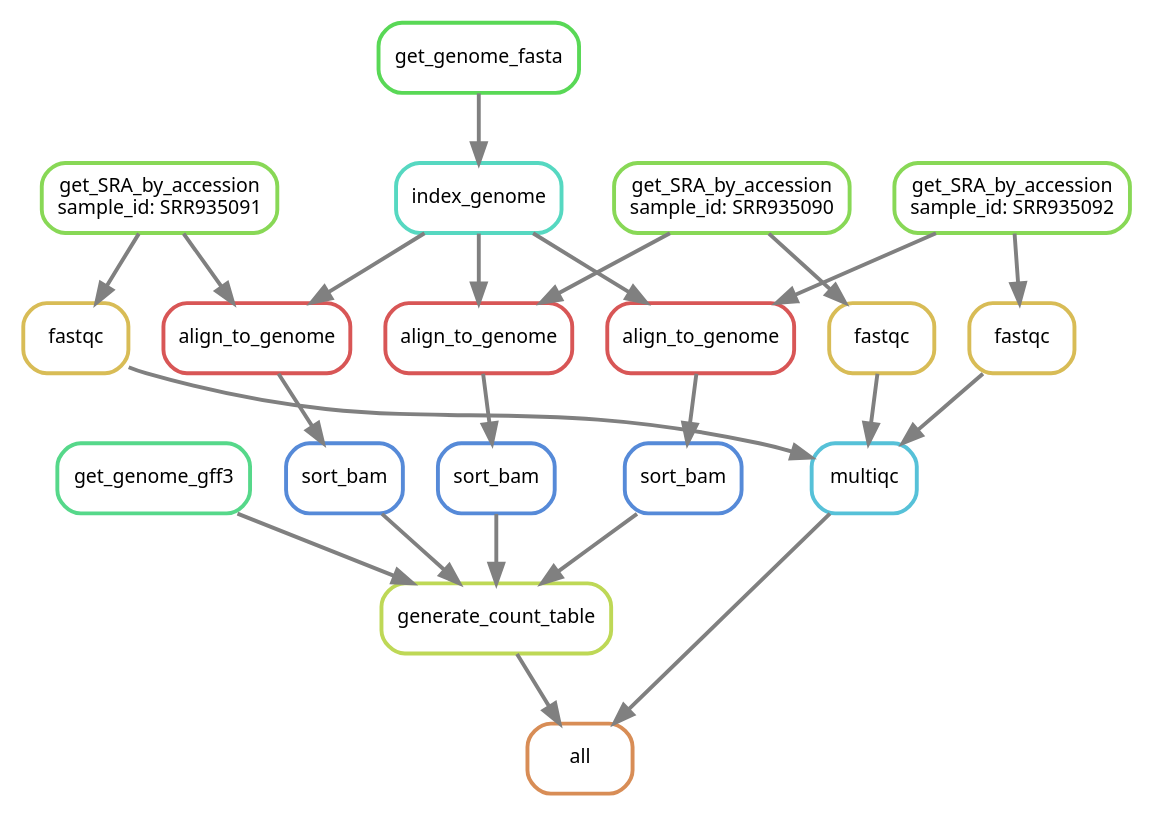
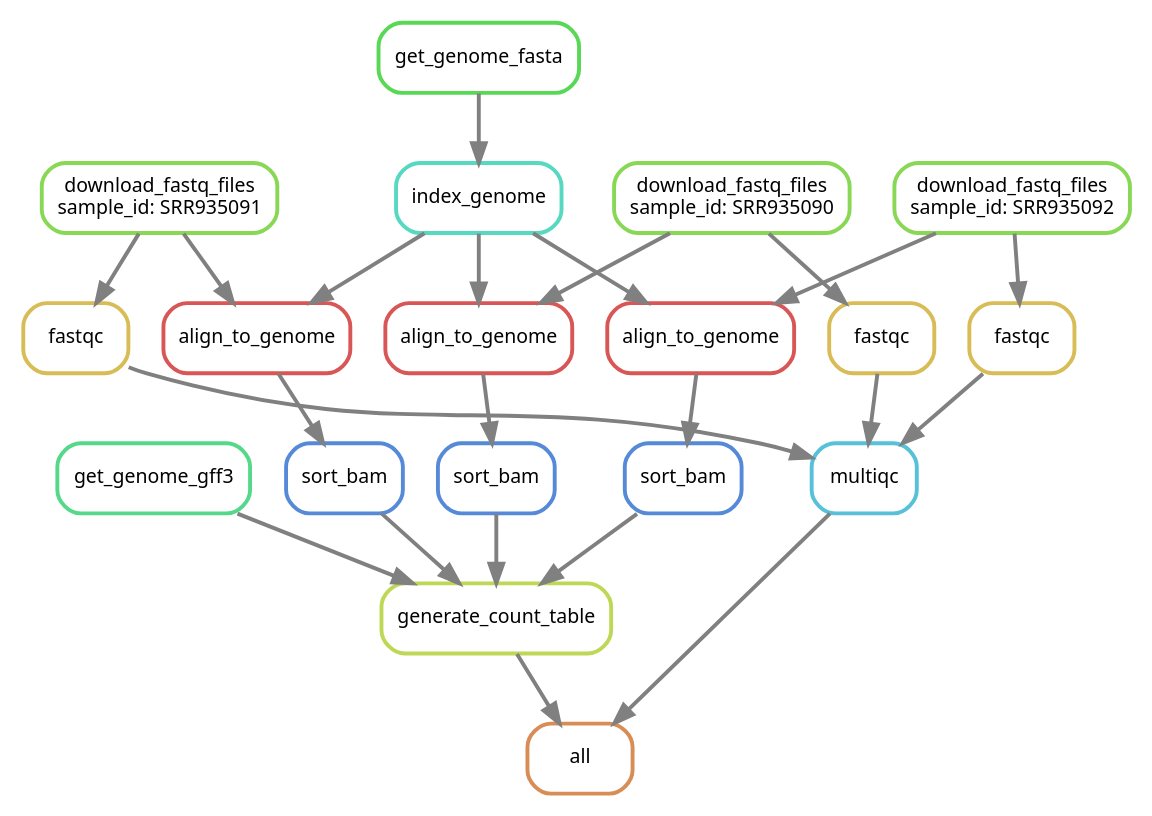
The fifth of 5 diagrams in pages/snakemake.qmd (NBISweden/workshop-reproducible-research), drawn with Graphviz before and after one commit. The commit also changed other lines of this file, not shown here.

Commit message:
Rename rule get_SRA_by_accession to clarify its usage

````diff
--- a/pages/snakemake.qmd
+++ b/pages/snakemake.qmd
@@ -857,49 +857,49 @@
 ```{dot}
 //| echo: false
 //| label: MRSA_jobgraph
 digraph MRSA_jobgraph {
     graph[bgcolor=white, margin=0];
     node[shape=box, style=rounded, fontname=sans,                 fontsize=10, penwidth=2];
     edge[penwidth=2, color=grey];
         0[label = "all", color = "0.07 0.6 0.85", style="rounded"];
         1[label = "generate_count_table", color = "0.20 0.6 0.85", style="rounded"];
         2[label = "sort_bam", color = "0.60 0.6 0.85", style="rounded"];
         3[label = "align_to_genome", color = "0.00 0.6 0.85", style="rounded"];
-        4[label = "get_SRA_by_accession\nsample_id: SRR935090", color = "0.27 0.6 0.85", style="rounded"];
+        4[label = "download_fastq_files\nsample_id: SRR935090", color = "0.27 0.6 0.85", style="rounded"];
         5[label = "index_genome", color = "0.47 0.6 0.85", style="rounded"];
         6[label = "get_genome_fasta", color = "0.33 0.6 0.85", style="rounded"];
         7[label = "sort_bam", color = "0.60 0.6 0.85", style="rounded"];
         8[label = "align_to_genome", color = "0.00 0.6 0.85", style="rounded"];
-        9[label = "get_SRA_by_accession\nsample_id: SRR935091", color = "0.27 0.6 0.85", style="rounded"];
+        9[label = "download_fastq_files\nsample_id: SRR935091", color = "0.27 0.6 0.85", style="rounded"];
         10[label = "sort_bam", color = "0.60 0.6 0.85", style="rounded"];
         11[label = "align_to_genome", color = "0.00 0.6 0.85", style="rounded"];
-        12[label = "get_SRA_by_accession\nsample_id: SRR935092", color = "0.27 0.6 0.85", style="rounded"];
+        12[label = "download_fastq_files\nsample_id: SRR935092", color = "0.27 0.6 0.85", style="rounded"];
         13[label = "get_genome_gff3", color = "0.40 0.6 0.85", style="rounded"];
         14[label = "multiqc", color = "0.53 0.6 0.85", style="rounded"];
         15[label = "fastqc", color = "0.13 0.6 0.85", style="rounded"];
         16[label = "fastqc", color = "0.13 0.6 0.85", style="rounded"];
         17[label = "fastqc", color = "0.13 0.6 0.85", style="rounded"];
         1 -> 0
         14 -> 0
         2 -> 1
         7 -> 1
         10 -> 1
         13 -> 1
         3 -> 2
         4 -> 3
         5 -> 3
         6 -> 5
         8 -> 7
         9 -> 8
         5 -> 8
         11 -> 10
         12 -> 11
         5 -> 11
         15 -> 14
         16 -> 14
         17 -> 14
         4 -> 15
         9 -> 16
         12 -> 17
 }  
 ```
````
